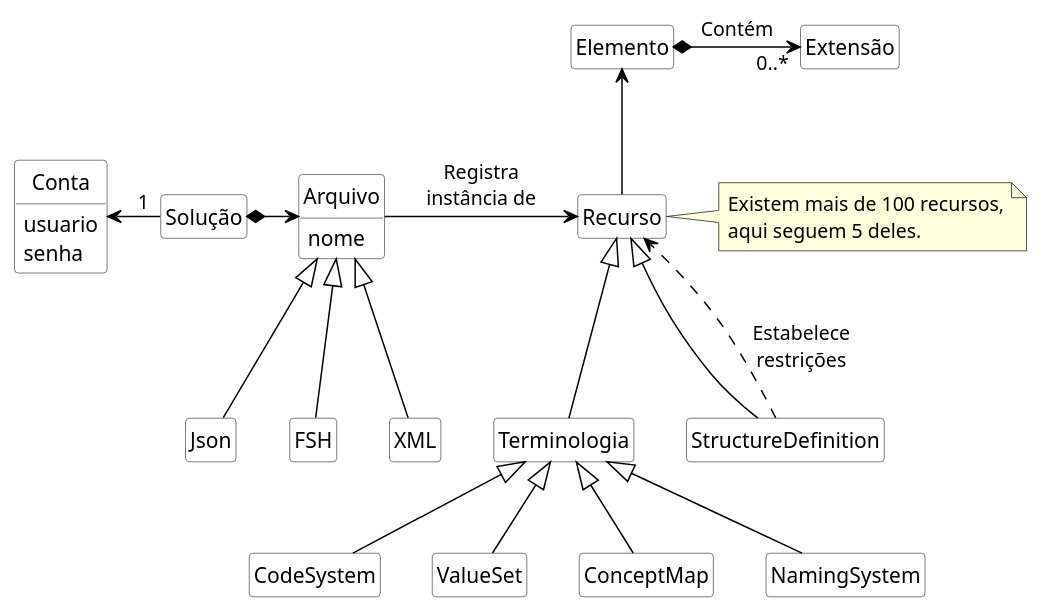
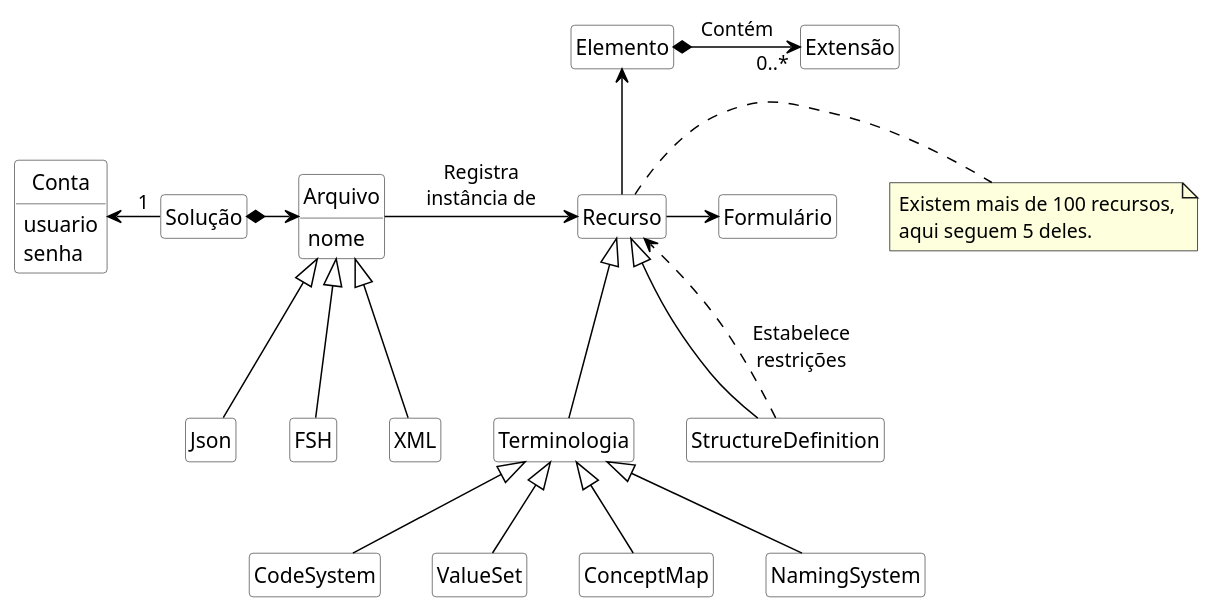
One commit to rnds-tools/gui changed the diagram in diagramas/dominio.puml. Above: the diagram before and after it, drawn with PlantUML.

```diff
--- a/diagramas/dominio.puml
+++ b/diagramas/dominio.puml
@@ -1,79 +1,80 @@
 @startuml dominio
 
 hide circle
 hide methods
 hide empty members
 
 skinparam class {
     BackgroundColor White
     ArrowColor Black
     BorderColor #505050
 }
 
 class Conta {
     usuario
     senha
 }
 
 class Solução {
 }
 
 class Arquivo {
     nome
 }
 
 class Json {
 }
 
 class FSH {
 }
 
 class XML {
 }
 
 class Recurso {
 }
 
 class Terminologia {
 }
 
 class CodeSystem {
 }
 
 class ValueSet {
 }
 
 class ConceptMap {
 }
 
 class NamingSystem {
 }
 
 class StructureDefinition {
 }
 
 class Elemento {}
 class Extensão {}
 
 Terminologia -up-|> Recurso
 StructureDefinition -up-|> Recurso
 StructureDefinition ..> Recurso : Estabelece\nrestrições
 CodeSystem -up-|> Terminologia
 ValueSet -up-|> Terminologia
 ConceptMap -up-|> Terminologia
 NamingSystem -up-|> Terminologia
 
 Arquivo -right-> Recurso : "Registra\ninstância de"
 Solução *-right-> Arquivo
 Solução "1" -left-> Conta
 
 XML -up-|> Arquivo
 Json -up-|> Arquivo
 FSH -up-|> Arquivo
 
 note "Existem mais de 100 recursos,\naqui seguem 5 deles." as Nota
 Recurso .right. Nota
 
 Recurso -up-> Elemento
+Recurso -right-> Formulário
 Elemento *-right-> "0..*" Extensão : Contém
 @enduml
```
